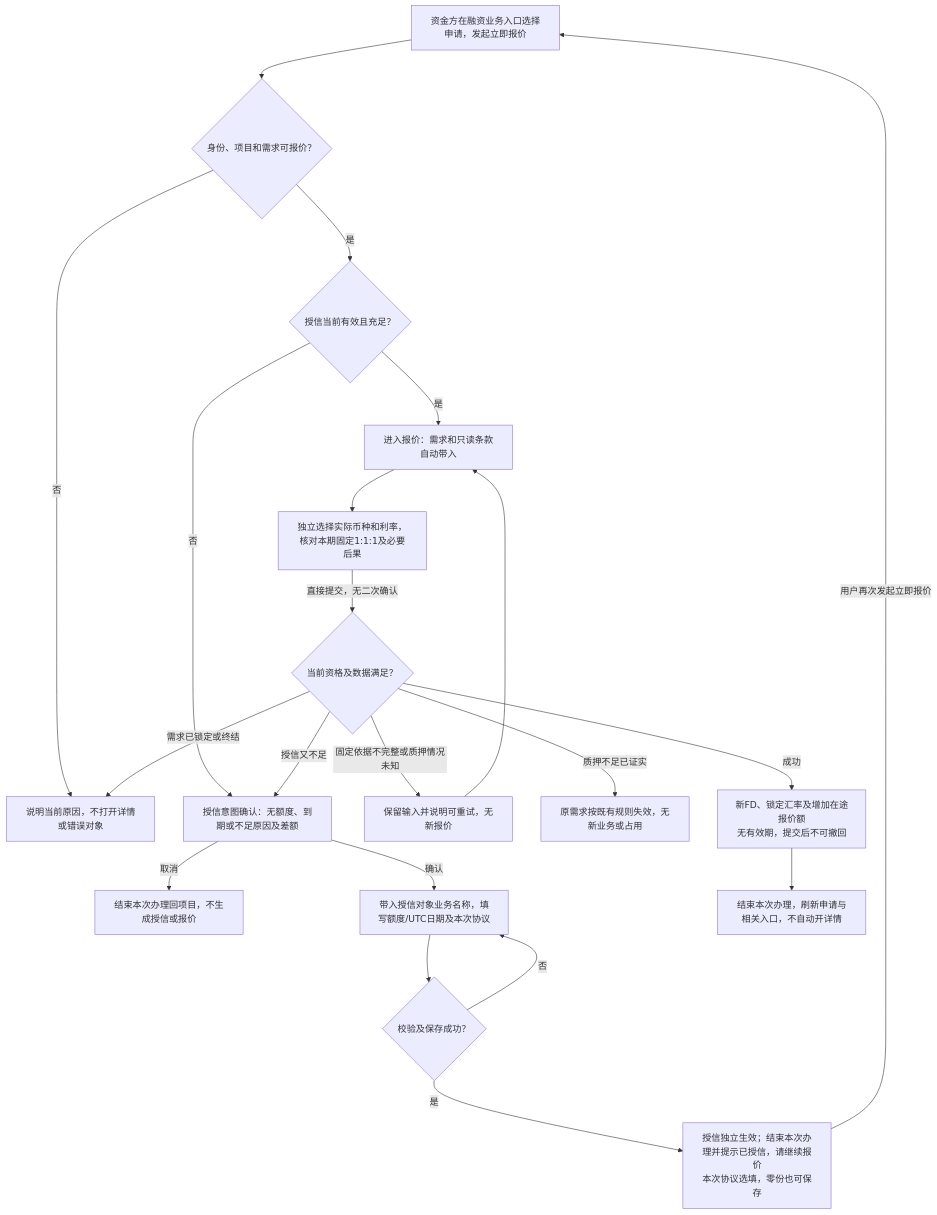
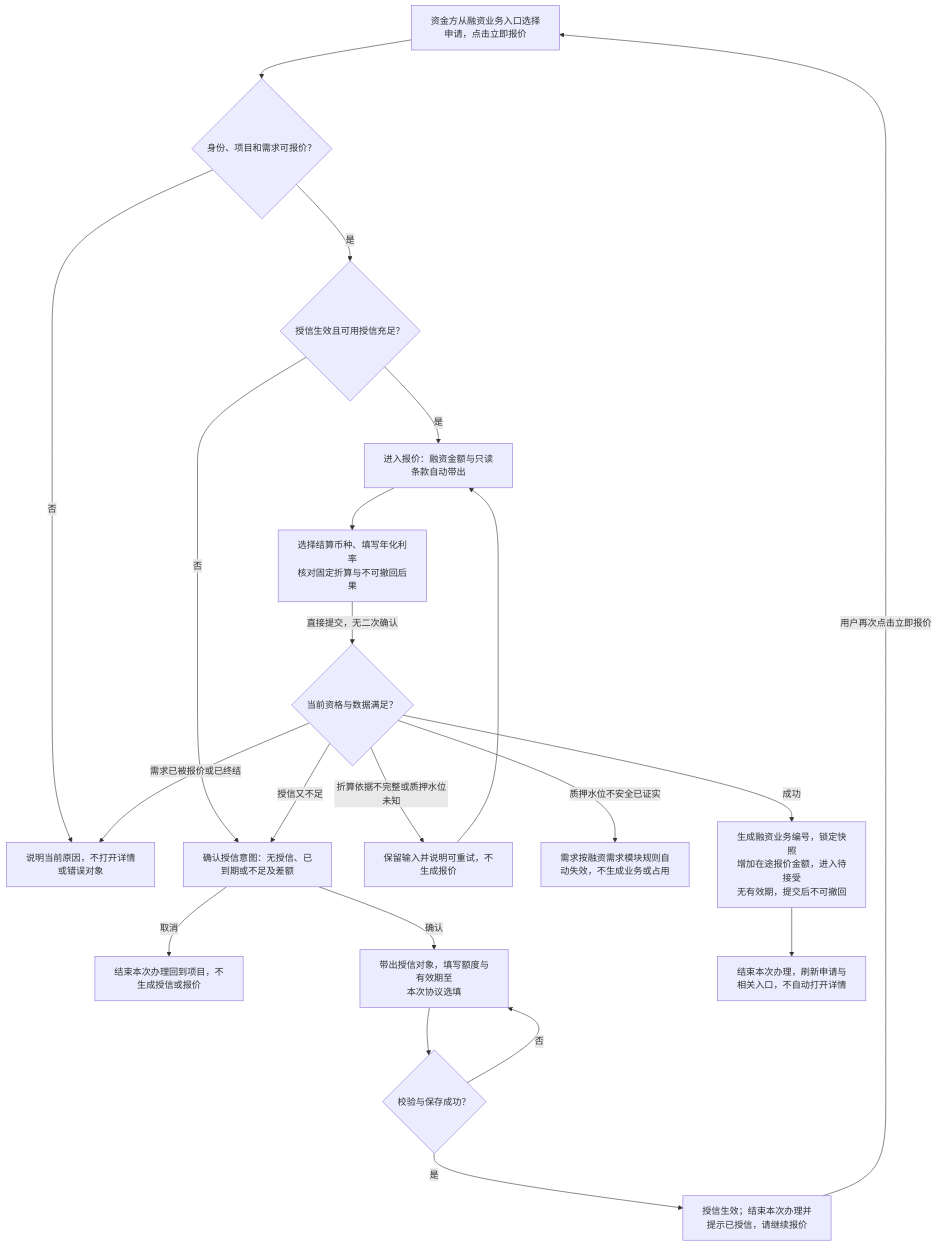
One commit to wxblockchain/Chain-Financing changed the first of 8 diagrams in lending-platform/PRD/面客端/06-借贷广场-授信报价与接受拒绝/02-授信报价与接受拒绝-流程图与状态机.md. Above: the diagram before and after it, drawn with Mermaid. The commit also changed other lines of this file and 6 other files, not shown here.

````diff
--- a/lending-platform/PRD/面客端/06-借贷广场-授信报价与接受拒绝/02-授信报价与接受拒绝-流程图与状态机.md
+++ b/lending-platform/PRD/面客端/06-借贷广场-授信报价与接受拒绝/02-授信报价与接受拒绝-流程图与状态机.md
@@ -12,23 +21,23 @@
 ```mermaid
 flowchart TD
-  A[资金方在融资业务入口选择申请，发起立即报价] --> B{身份、项目和需求可报价？}
+  A[资金方从融资业务入口选择申请，点击立即报价] --> B{身份、项目和需求可报价？}
   B -->|否| X[说明当前原因，不打开详情或错误对象]
-  B -->|是| C{授信当前有效且充足？}
-  C -->|否| D[授信意图确认：无额度、到期或不足原因及差额]
-  D -->|取消| E[结束本次办理回项目，不生成授信或报价]
-  D -->|确认| F[带入授信对象业务名称，填写额度/UTC日期及本次协议]
-  F --> G{校验及保存成功？}
+  B -->|是| C{授信生效且可用授信充足？}
+  C -->|否| D[确认授信意图：无授信、已到期或不足及差额]
+  D -->|取消| E[结束本次办理回到项目，不生成授信或报价]
+  D -->|确认| F[带出授信对象，填写额度与有效期至<br/>本次协议选填]
+  F --> G{校验与保存成功？}
   G -->|否| F
-  G -->|是| H[授信独立生效；结束本次办理并提示已授信，请继续报价<br/>本次协议选填，零份也可保存]
-  H -->|用户再次发起立即报价| A
-  C -->|是| Q[进入报价：需求和只读条款自动带入]
-  Q --> R[独立选择实际币种和利率，核对本期固定1:1:1及必要后果]
-  R -->|直接提交，无二次确认| S{当前资格及数据满足？}
-  S -->|固定依据不完整或质押情况未知| U[保留输入并说明可重试，无新报价]
+  G -->|是| H[授信生效；结束本次办理并提示已授信，请继续报价]
+  H -->|用户再次点击立即报价| A
+  C -->|是| Q[进入报价：融资金额与只读条款自动带出]
+  Q --> R[选择结算币种、填写年化利率<br/>核对固定折算与不可撤回后果]
+  R -->|直接提交，无二次确认| S{当前资格与数据满足？}
+  S -->|折算依据不完整或质押水位未知| U[保留输入并说明可重试，不生成报价]
   U --> Q
-  S -->|质押不足已证实| V[原需求按既有规则失效，无新业务或占用]
-  S -->|需求已锁定或终结| X
+  S -->|质押水位不安全已证实| V[需求按融资需求模块规则自动失效，不生成业务或占用]
+  S -->|需求已被报价或已终结| X
   S -->|授信又不足| D
-  S -->|成功| W[新FD、锁定汇率及增加在途报价额<br/>无有效期，提交后不可撤回]
-  W --> Z[结束本次办理，刷新申请与相关入口，不自动开详情]
+  S -->|成功| W[生成融资业务编号，锁定快照<br/>增加在途报价金额，进入待接受<br/>无有效期，提交后不可撤回]
+  W --> Z[结束本次办理，刷新申请与相关入口，不自动打开详情]
 ```
````
